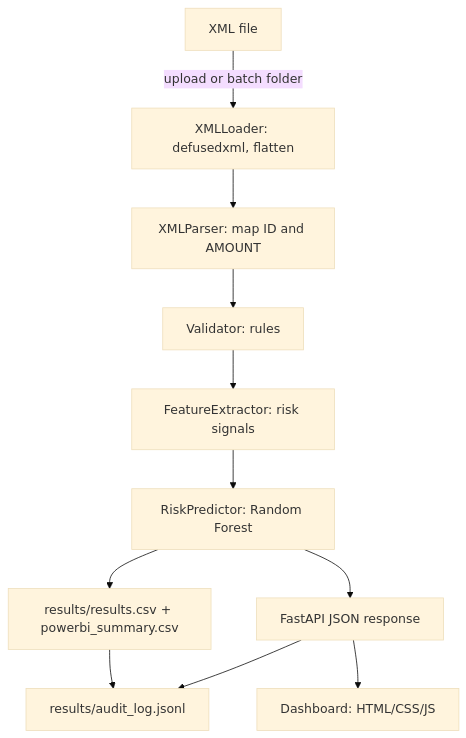
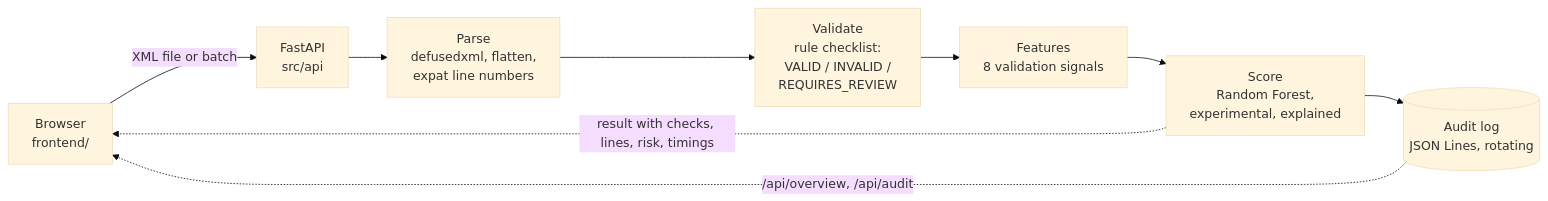
One commit to vishnuatgit/SupplyTrace changed the diagram in README.md. Above: the diagram before and after it, drawn with Mermaid (base theme). The commit also changed other lines of this file and 45 other files, not shown here.

First line of the commit message:
Rebuild the UI on the original design and add batch checks and an audit log

````diff
--- a/README.md
+++ b/README.md
@@ -40,13 +80,11 @@
 ```mermaid
-graph TD
-    A[XML file] -->|upload or batch folder| B[XMLLoader: defusedxml, flatten]
-    B --> C[XMLParser: map ID and AMOUNT]
-    C --> D[Validator: rules]
-    D --> E[FeatureExtractor: risk signals]
-    E --> F[RiskPredictor: Random Forest]
-    F --> G[FastAPI JSON response]
-    F --> H[results/results.csv + powerbi_summary.csv]
-    G --> I[results/audit_log.jsonl]
-    H --> I
-    G --> J[Dashboard: HTML/CSS/JS]
+flowchart LR
+    U[Browser<br/>frontend/] -->|XML file or batch| API[FastAPI<br/>src/api]
+    API --> P[Parse<br/>defusedxml, flatten,<br/>expat line numbers]
+    P --> V[Validate<br/>rule checklist:<br/>VALID / INVALID /<br/>REQUIRES_REVIEW]
+    V --> F[Features<br/>8 validation signals]
+    F --> M[Score<br/>Random Forest,<br/>experimental, explained]
+    M --> LOG[(Audit log<br/>JSON Lines, rotating)]
+    M -. result with checks, lines, risk, timings .-> U
+    LOG -. /api/overview, /api/audit .-> U
 ```
````
